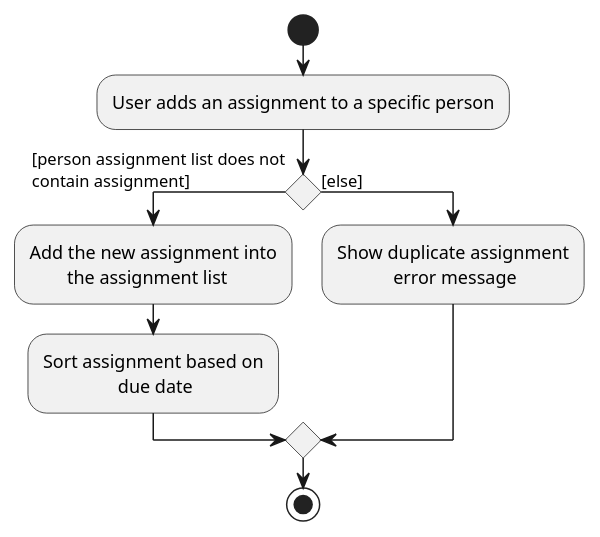
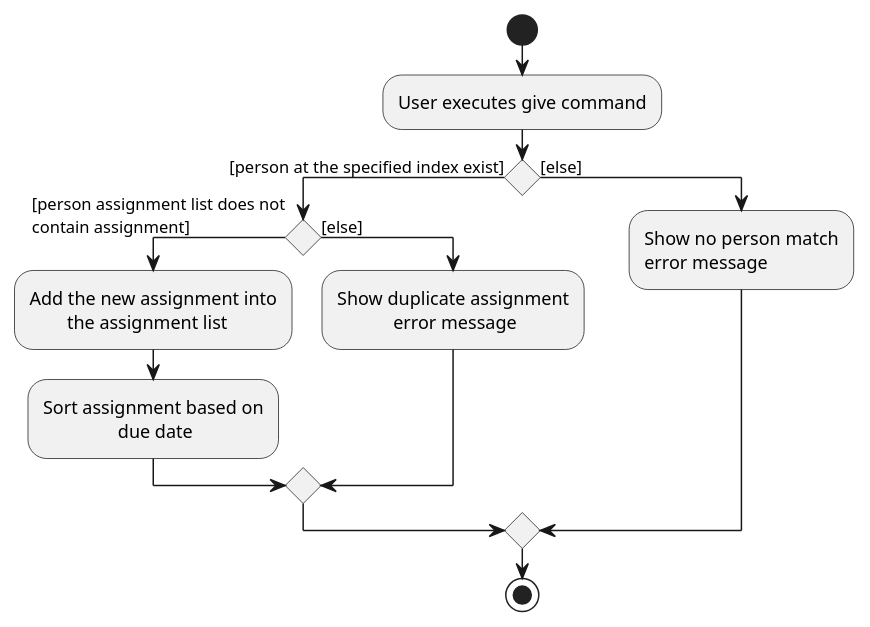
Before and after one commit to qinguorui2001/tp: the diagram in docs/diagrams/GiveActivityDiagram.puml, drawn with PlantUML. The commit also changed 6 other files, not shown here.

```diff
--- a/docs/diagrams/GiveActivityDiagram.puml
+++ b/docs/diagrams/GiveActivityDiagram.puml
@@ -1,19 +1,24 @@
 @startuml
 start
-:User adds an assignment to a specific person;
+:User executes give command;
 
 'Since the beta syntax does not support placing the condition outside the
 'diamond we place it as the true branch instead.
+if () then ([person at the specified index exist])
 
 if () then ([person assignment list does not
 contain assignment])
     :Add the new assignment into
             the assignment list;
     :Sort assignment based on
                     due date;
 else ([else])
     :Show duplicate assignment
                 error message;
 endif
+else ([else])
+    :Show no person match
+    error message;
+endif
 stop
 @enduml
```
